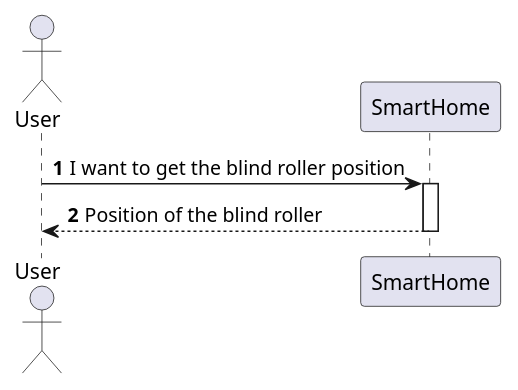
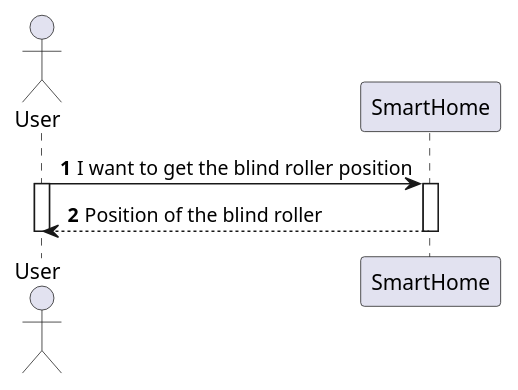
Before and after one commit to olivDiogo/SmartHome: the diagram in docs/ooa/C4_4plus1_models/Level1/ProcessView/ProcessViewLevel1_UC24.puml, drawn with PlantUML. The commit also changed 18 other files, not shown here.

```diff
--- a/docs/ooa/C4_4plus1_models/Level1/ProcessView/ProcessViewLevel1_UC24.puml
+++ b/docs/ooa/C4_4plus1_models/Level1/ProcessView/ProcessViewLevel1_UC24.puml
@@ -1,18 +1,20 @@
 @startuml
 'https://plantuml.com/sequence-diagram
 !pragma layout smetana
 
 autonumber
 
 actor "User" as User
 
 participant "SmartHome" as SH
 
 User -> SH : I want to get the blind roller position
 activate SH
+activate User
 
 SH --> User : Position of the blind roller
 deactivate SH
+deactivate User
 
 
 @enduml
```
